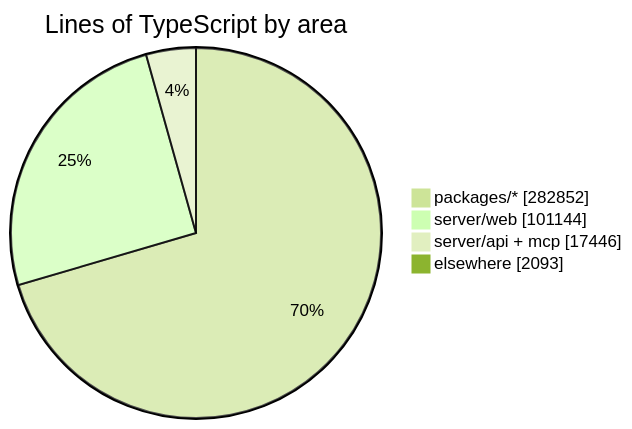
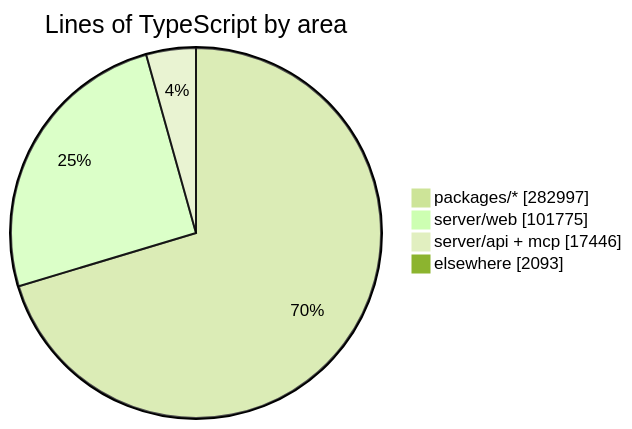
The diagram in README.md (crossworks-engineering/mantle), drawn with Mermaid (forest theme) before and after one commit. The commit also changed other lines of this file and 2 other files, not shown here.

````diff
--- a/README.md
+++ b/README.md
@@ -294,7 +294,7 @@
 ```mermaid
 pie showData title Lines of TypeScript by area
-    "packages/*" : 282852
-    "server/web" : 101144
+    "packages/*" : 282997
+    "server/web" : 101775
     "server/api + mcp" : 17446
     "elsewhere" : 2093
 ```
````
